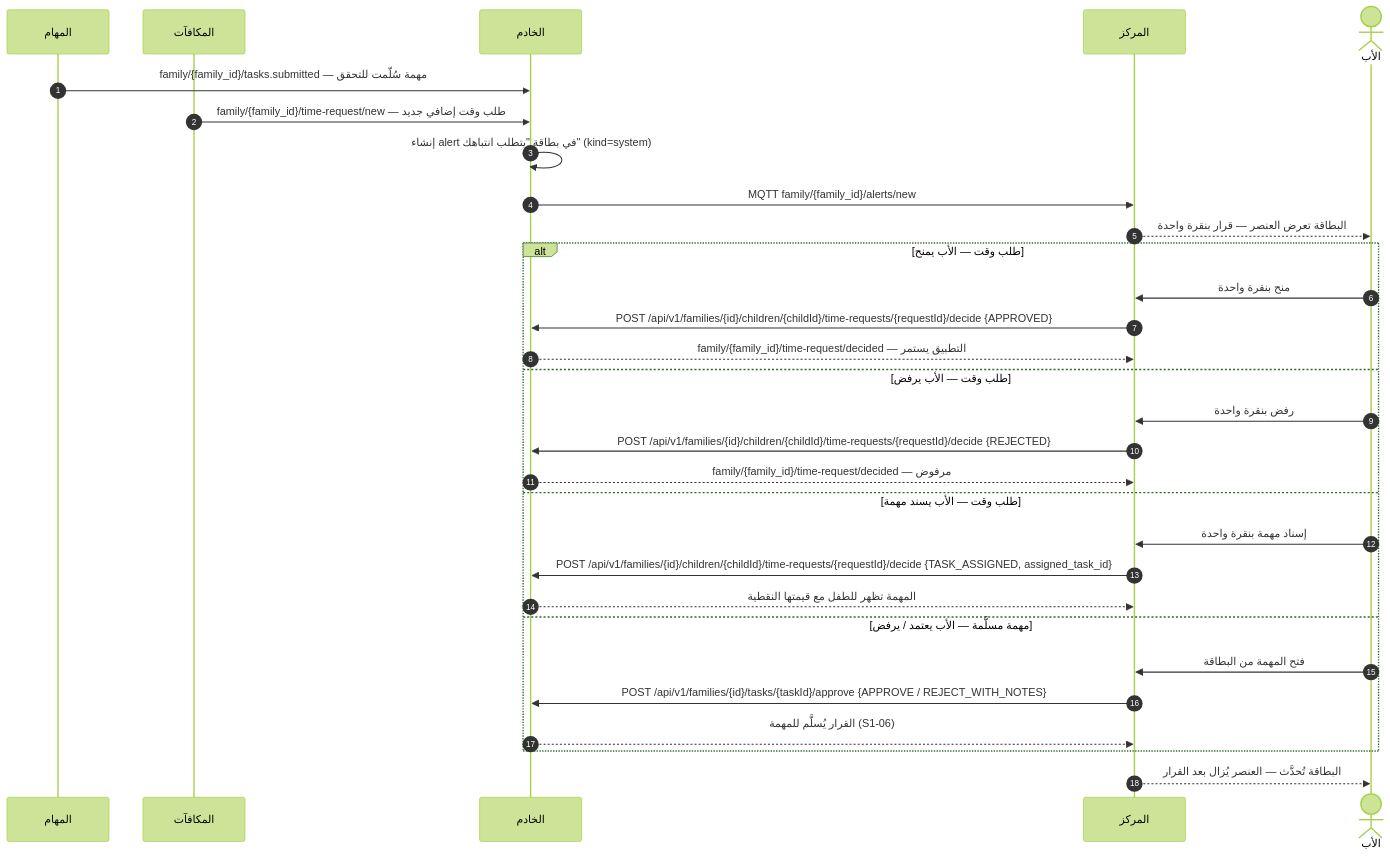
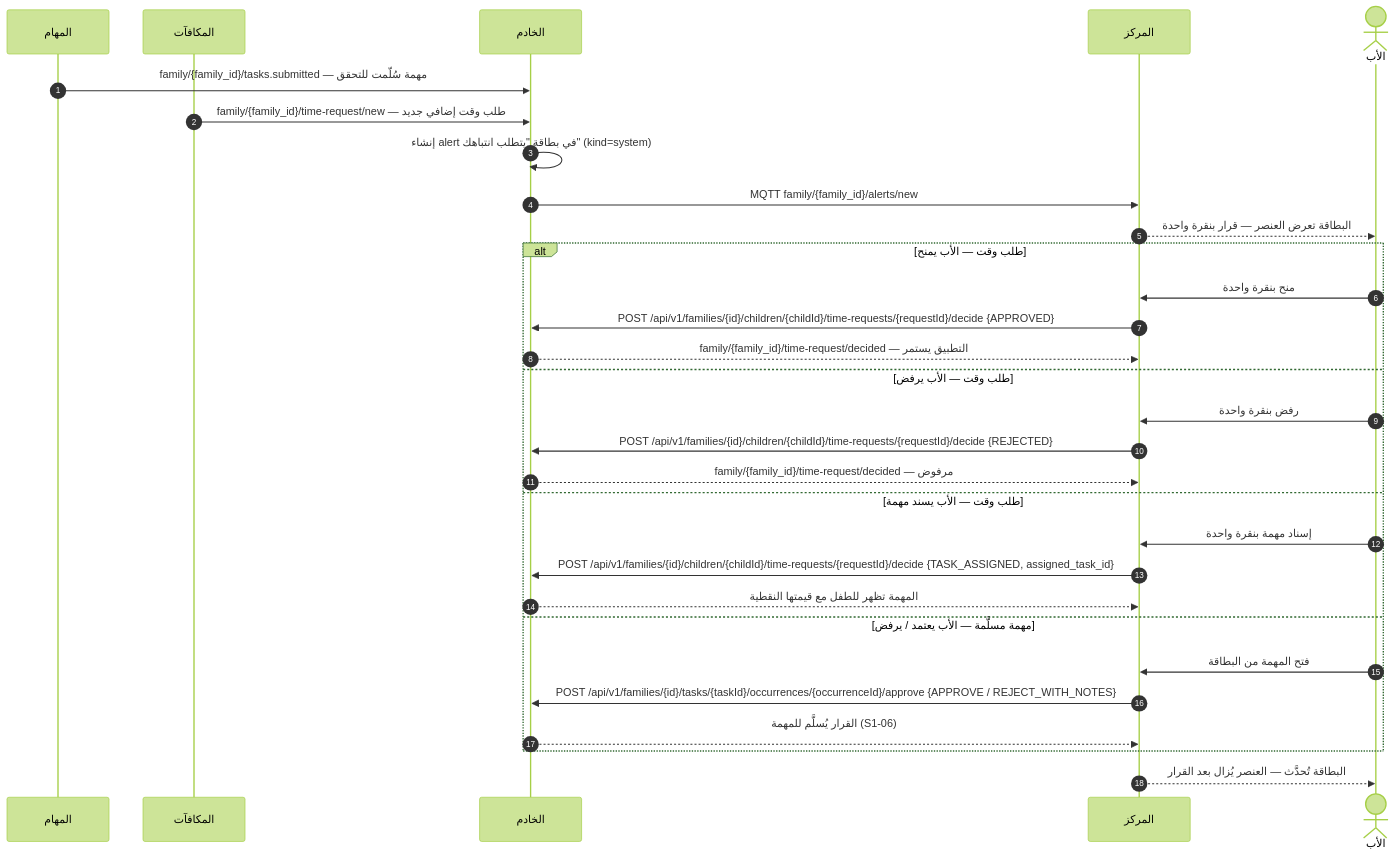
One commit to Bassam-mohammed-alqaeadi/family-os-v2 changed the eighth of 13 diagrams in docs/family-os/governance/phases/phase-1/S1-09-command-center-and-settings/DIAGRAMS.md. Above: the diagram before and after it, drawn with Mermaid (forest theme). The commit also changed other lines of this file and 8 other files, not shown here.

````diff
--- a/docs/family-os/governance/phases/phase-1/S1-09-command-center-and-settings/DIAGRAMS.md
+++ b/docs/family-os/governance/phases/phase-1/S1-09-command-center-and-settings/DIAGRAMS.md
@@ -318,32 +318,32 @@
 ```mermaid
 sequenceDiagram
     autonumber
     participant S106 as المهام
     participant S105 as المكافآت
     participant Ktor as الخادم
     participant Hub as المركز
     actor Father as الأب
     S106->>Ktor: family/{family_id}/tasks.submitted — مهمة سُلّمت للتحقق
     S105->>Ktor: family/{family_id}/time-request/new — طلب وقت إضافي جديد
     Ktor->>Ktor: إنشاء alert في بطاقة "يتطلب انتباهك" (kind=system)
     Ktor->>Hub: MQTT family/{family_id}/alerts/new
     Hub-->>Father: البطاقة تعرض العنصر — قرار بنقرة واحدة
     alt طلب وقت — الأب يمنح
         Father->>Hub: منح بنقرة واحدة
         Hub->>Ktor: POST /api/v1/families/{id}/children/{childId}/time-requests/{requestId}/decide {APPROVED}
         Ktor-->>Hub: family/{family_id}/time-request/decided — التطبيق يستمر
     else طلب وقت — الأب يرفض
         Father->>Hub: رفض بنقرة واحدة
         Hub->>Ktor: POST /api/v1/families/{id}/children/{childId}/time-requests/{requestId}/decide {REJECTED}
         Ktor-->>Hub: family/{family_id}/time-request/decided — مرفوض
     else طلب وقت — الأب يسند مهمة
         Father->>Hub: إسناد مهمة بنقرة واحدة
         Hub->>Ktor: POST /api/v1/families/{id}/children/{childId}/time-requests/{requestId}/decide {TASK_ASSIGNED, assigned_task_id}
         Ktor-->>Hub: المهمة تظهر للطفل مع قيمتها النقطية
     else مهمة مسلَّمة — الأب يعتمد / يرفض
         Father->>Hub: فتح المهمة من البطاقة
-        Hub->>Ktor: POST /api/v1/families/{id}/tasks/{taskId}/approve {APPROVE / REJECT_WITH_NOTES}
+        Hub->>Ktor: POST /api/v1/families/{id}/tasks/{taskId}/occurrences/{occurrenceId}/approve {APPROVE / REJECT_WITH_NOTES}
         Ktor-->>Hub: القرار يُسلَّم للمهمة (S1-06)
     end
     Hub-->>Father: البطاقة تُحدَّث — العنصر يُزال بعد القرار
 ```
````
